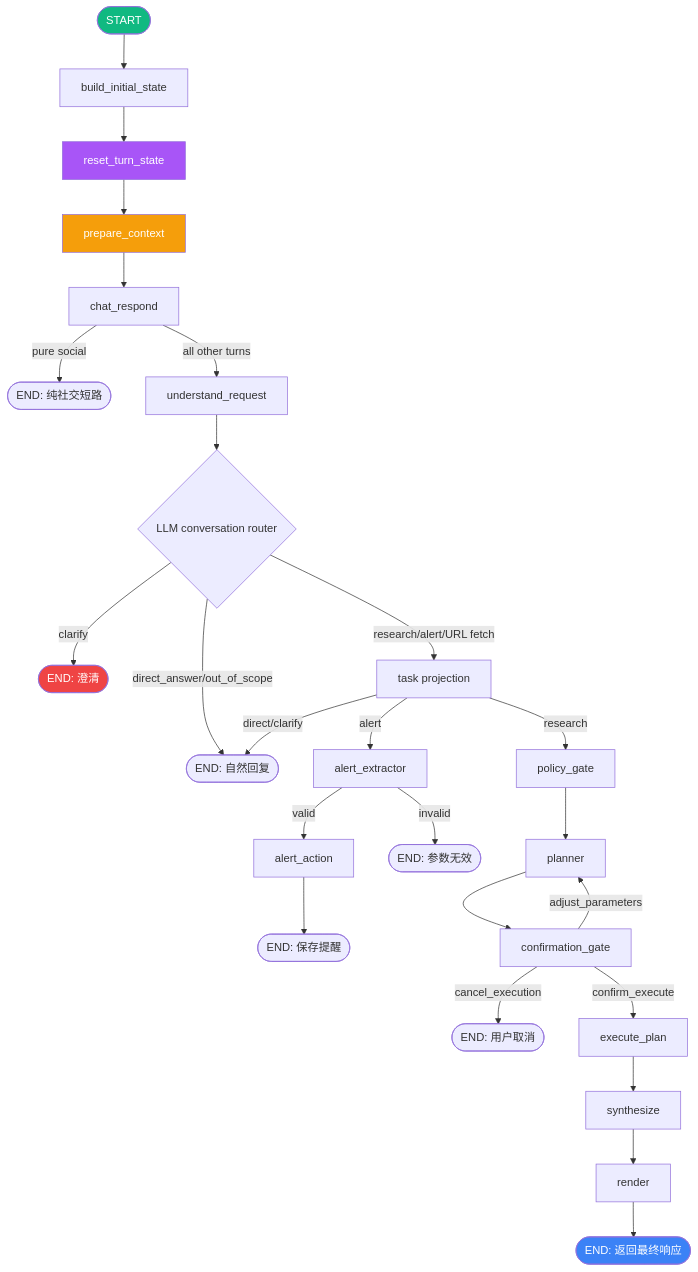
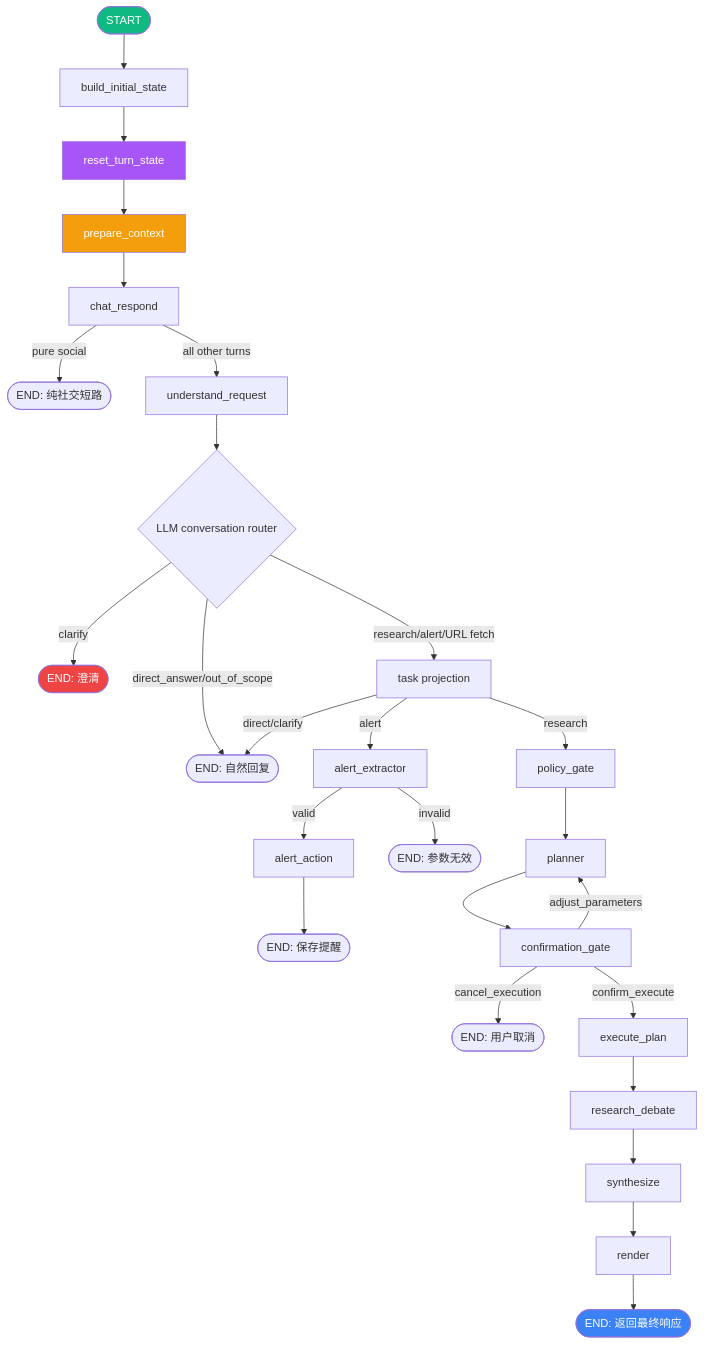
One commit to kkkano/FinSight changed the first of 4 diagrams in docs/LANGGRAPH_FLOW.md. Above: the diagram before and after it, drawn with Mermaid. The commit also changed 4 other files, not shown here.

````diff
--- a/docs/LANGGRAPH_FLOW.md
+++ b/docs/LANGGRAPH_FLOW.md
@@ -15,33 +15,34 @@
 ```mermaid
 graph TD
     START([START]) --> build_initial_state
     build_initial_state --> reset_turn_state
     reset_turn_state --> prepare_context
     prepare_context --> chat_respond
     chat_respond -->|pure social| END_CASUAL([END: 纯社交短路])
     chat_respond -->|all other turns| understand_request
     understand_request --> router_decision{LLM conversation router}
     router_decision -->|direct_answer/out_of_scope| END_CHAT([END: 自然回复])
     router_decision -->|clarify| END_CLARIFY([END: 澄清])
     router_decision -->|research/alert/URL fetch| understand_projection[task projection]
     understand_projection -->|direct/clarify| END_CHAT
     understand_projection -->|alert| alert_extractor
     understand_projection -->|research| policy_gate
     alert_extractor -->|valid| alert_action
     alert_action --> END_ALERT([END: 保存提醒])
     alert_extractor -->|invalid| END_ALERT_INVALID([END: 参数无效])
     policy_gate --> planner
     planner --> confirmation_gate
     confirmation_gate -->|cancel_execution| END_CANCEL([END: 用户取消])
     confirmation_gate -->|adjust_parameters| planner
     confirmation_gate -->|confirm_execute| execute_plan
-    execute_plan --> synthesize
+    execute_plan --> research_debate
+    research_debate --> synthesize
     synthesize --> render
     render --> END_DONE([END: 返回最终响应])
 
     style START fill:#10b981,color:#fff
     style reset_turn_state fill:#a855f7,color:#fff
     style prepare_context fill:#f59e0b,color:#fff
     style END_CLARIFY fill:#ef4444,color:#fff
     style END_DONE fill:#3b82f6,color:#fff
 ```
````
